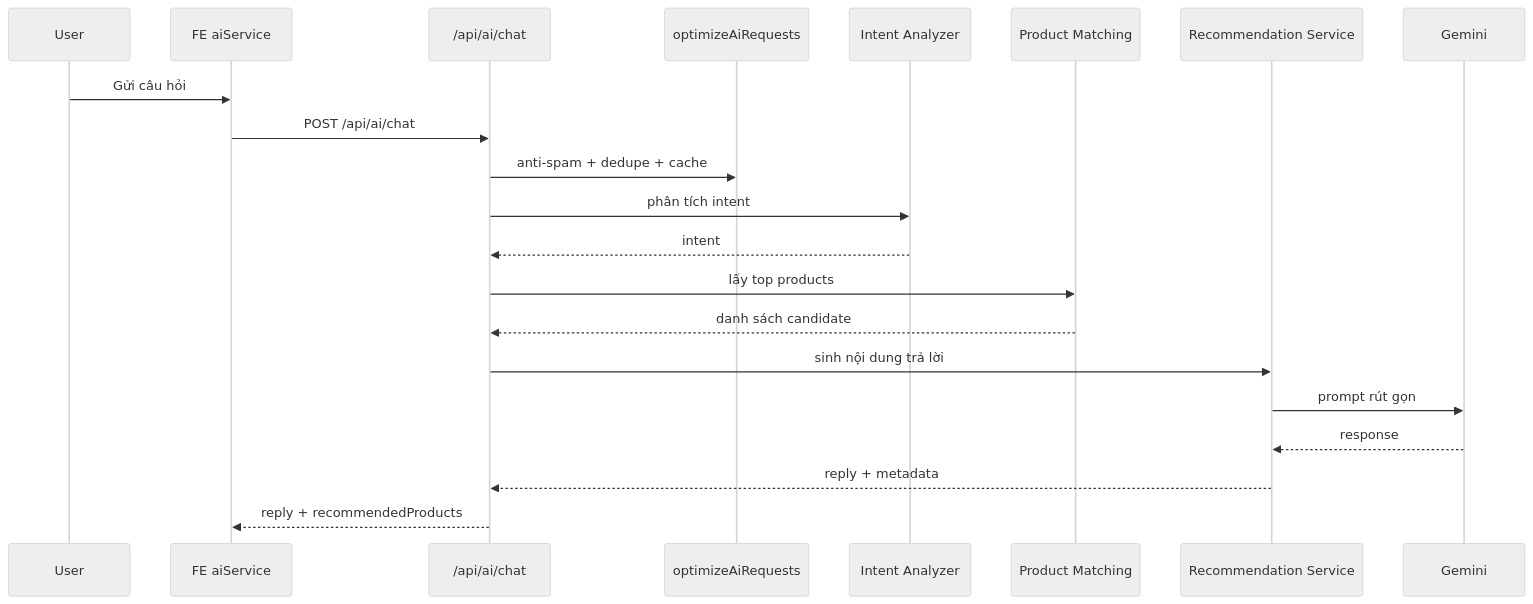
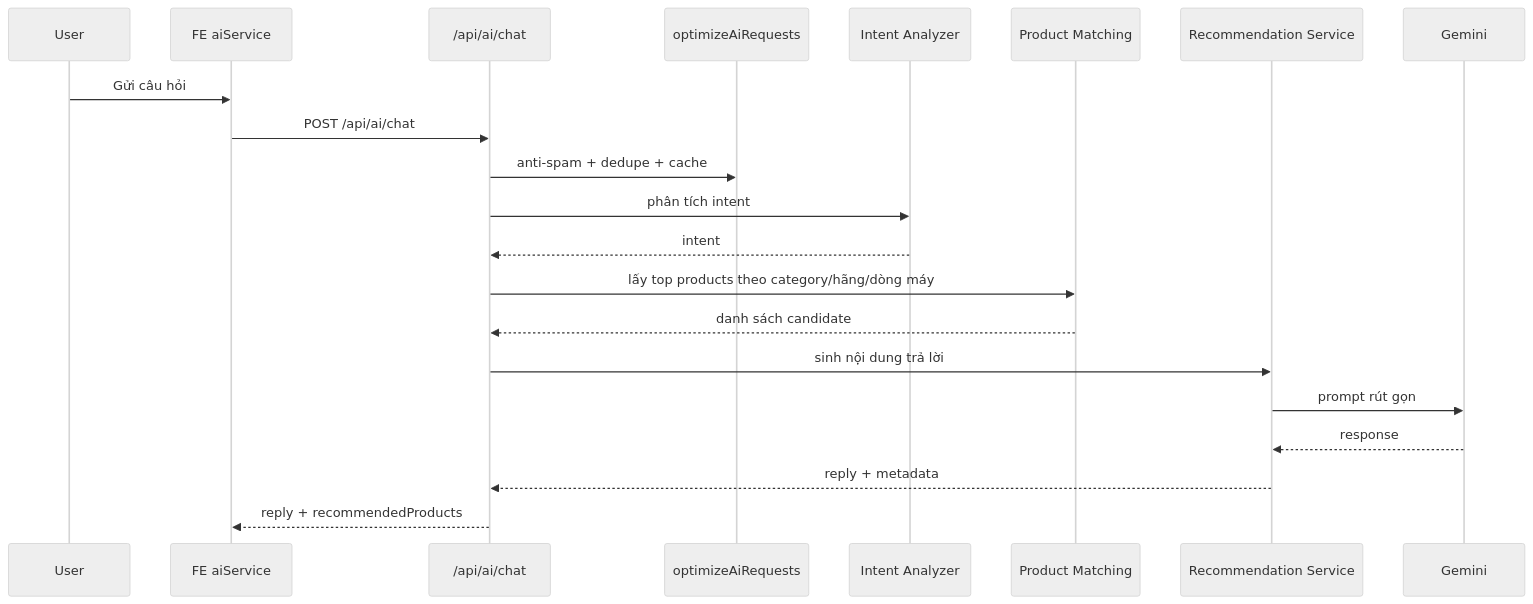
One commit to QuangFabbier/DATN changed the sixth of 6 diagrams in ecommerce/PROJECT_SUMMARY.md. Above: the diagram before and after it, drawn with Mermaid (neutral theme). The commit also changed other lines of this file, not shown here.

````diff
--- a/ecommerce/PROJECT_SUMMARY.md
+++ b/ecommerce/PROJECT_SUMMARY.md
@@ -216,24 +203,24 @@
 ```mermaid
 sequenceDiagram
   participant U as User
   participant FE as FE aiService
   participant BE as /api/ai/chat
   participant MW as optimizeAiRequests
   participant IA as Intent Analyzer
   participant PM as Product Matching
   participant RS as Recommendation Service
   participant G as Gemini
 
   U->>FE: Gửi câu hỏi
   FE->>BE: POST /api/ai/chat
   BE->>MW: anti-spam + dedupe + cache
   BE->>IA: phân tích intent
   IA-->>BE: intent
-  BE->>PM: lấy top products
+  BE->>PM: lấy top products theo category/hãng/dòng máy
   PM-->>BE: danh sách candidate
   BE->>RS: sinh nội dung trả lời
   RS->>G: prompt rút gọn
   G-->>RS: response
   RS-->>BE: reply + metadata
   BE-->>FE: reply + recommendedProducts
 ```
````
